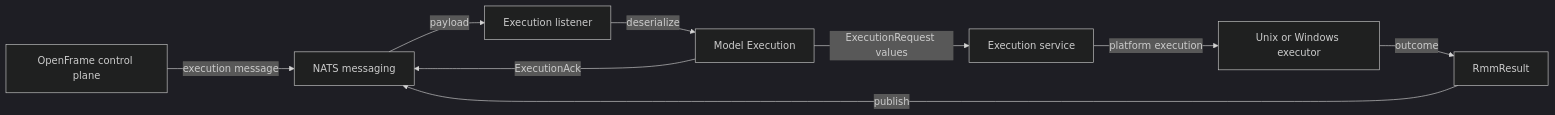
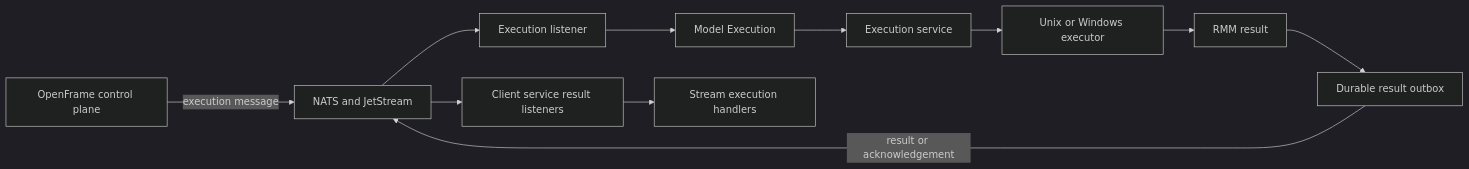
Before and after one commit to flamingo-stack/openframe-oss-tenant: the first of 3 diagrams in docs/reference/architecture/openframe-client-core/model-execution/model-execution.md, drawn with Mermaid (dark theme). The commit also changed other lines of this file and 2377 other files, not shown here.

````diff
--- a/docs/reference/architecture/openframe-client-core/model-execution/model-execution.md
+++ b/docs/reference/architecture/openframe-client-core/model-execution/model-execution.md
@@ -20,11 +21,13 @@
 ```mermaid
 flowchart LR
-    ControlPlane["OpenFrame control plane"] -->|"execution message"| Broker["NATS messaging"]
-    Broker -->|"payload"| Listener["Execution listener"]
-    Listener -->|"deserialize"| Model["Model Execution"]
-    Model -->|"ExecutionRequest values"| Service["Execution service"]
-    Service -->|"platform execution"| Executor["Unix or Windows executor"]
-    Executor -->|"outcome"| Result["RmmResult"]
-    Result -->|"publish"| Broker
-    Model -->|"ExecutionAck"| Broker
+    ControlPlane["OpenFrame control plane"] -->|"execution message"| Nats["NATS and JetStream"]
+    Nats --> Listener["Execution listener"]
+    Listener --> Model["Model Execution"]
+    Model --> Service["Execution service"]
+    Service --> Executor["Unix or Windows executor"]
+    Executor --> Result["RMM result"]
+    Result --> Outbox["Durable result outbox"]
+    Outbox -->|"result or acknowledgement"| Nats
+    Nats --> ClientCore["Client service result listeners"]
+    ClientCore --> Stream["Stream execution handlers"]
 ```
````
